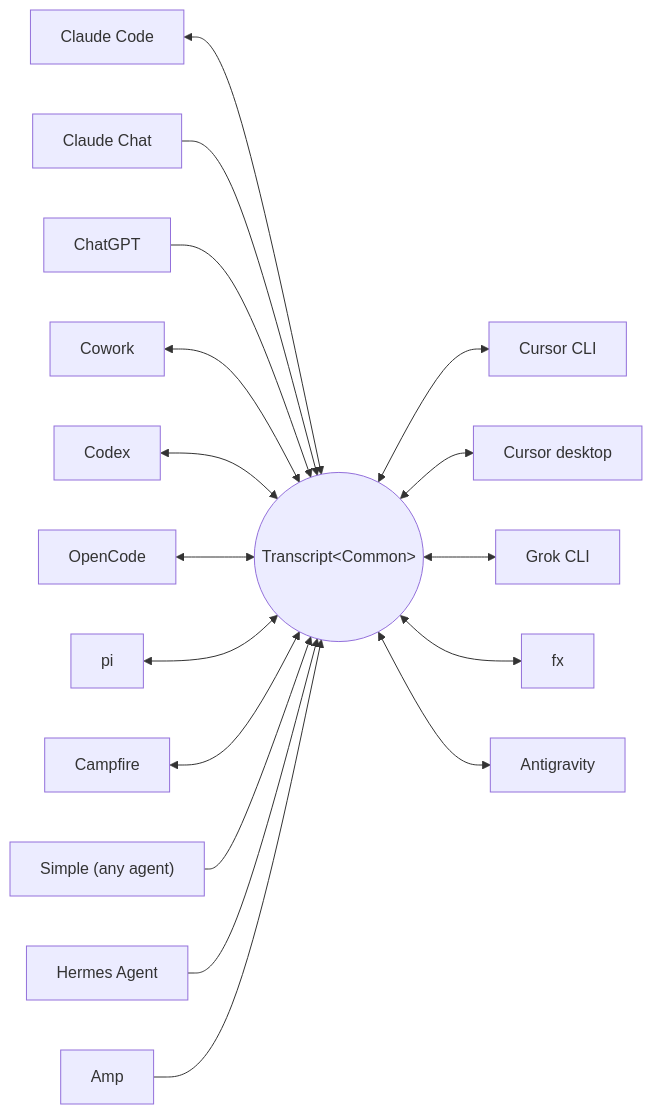
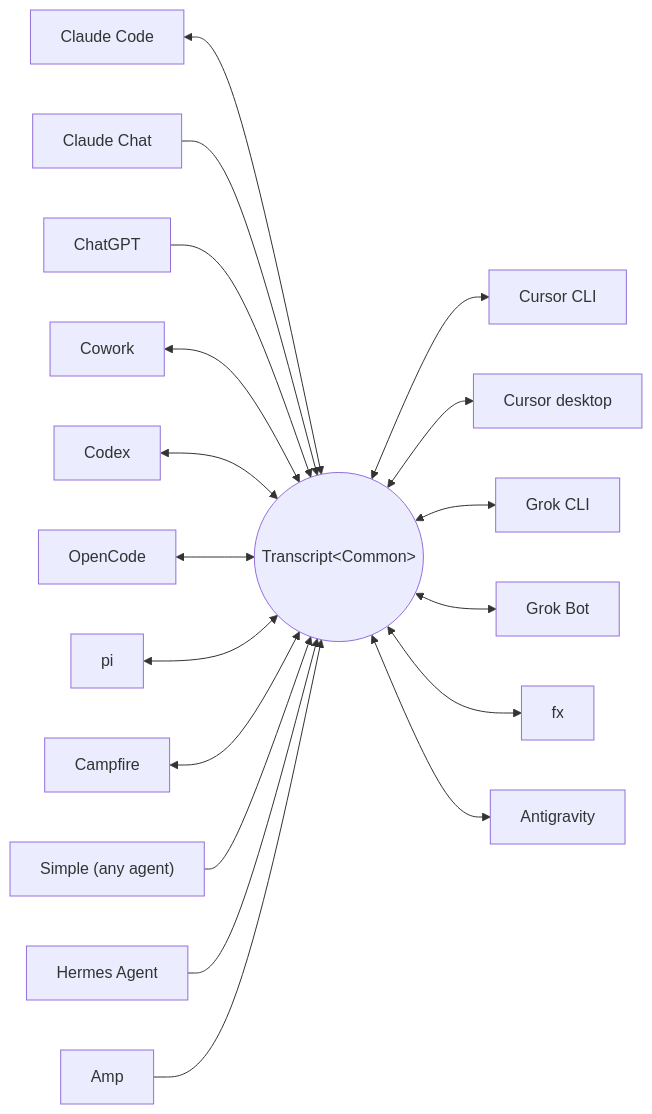
Before and after one commit to Adityakk9031/txcript: the diagram in README.md, drawn with Mermaid. The commit also changed other lines of this file and 14 other files, not shown here.

First line of the commit message:
feat(grok_bot): add Grok Bot transcript harness (#39)

````diff
--- a/README.md
+++ b/README.md
@@ -61,19 +61,20 @@
 ```mermaid
 flowchart LR
     claude["Claude Code"] <--> common(("Transcript&lt;Common&gt;"))
     claudechat["Claude Chat"] --> common
     chatgpt["ChatGPT"] --> common
     cowork["Cowork"] <--> common
     codex["Codex"] <--> common
     opencode["OpenCode"] <--> common
     pi["pi"] <--> common
     campfire["Campfire"] <--> common
     common <--> cursor["Cursor CLI"]
     common <--> cursordesktop["Cursor desktop"]
     common <--> grok["Grok CLI"]
+    common <--> grokbot["Grok Bot"]
     common <--> fx["fx"]
     common <--> antigravity["Antigravity"]
     simple["Simple (any agent)"] --> common
     hermes["Hermes Agent"] --> common
     amp["Amp"] --> common
 ```
````
